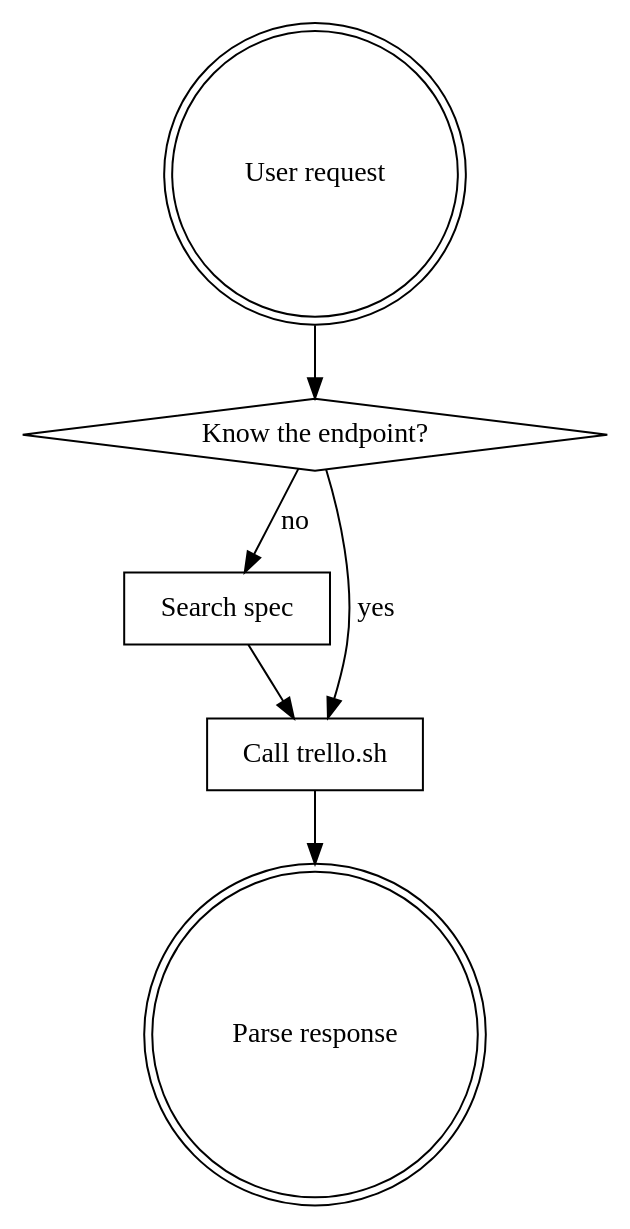
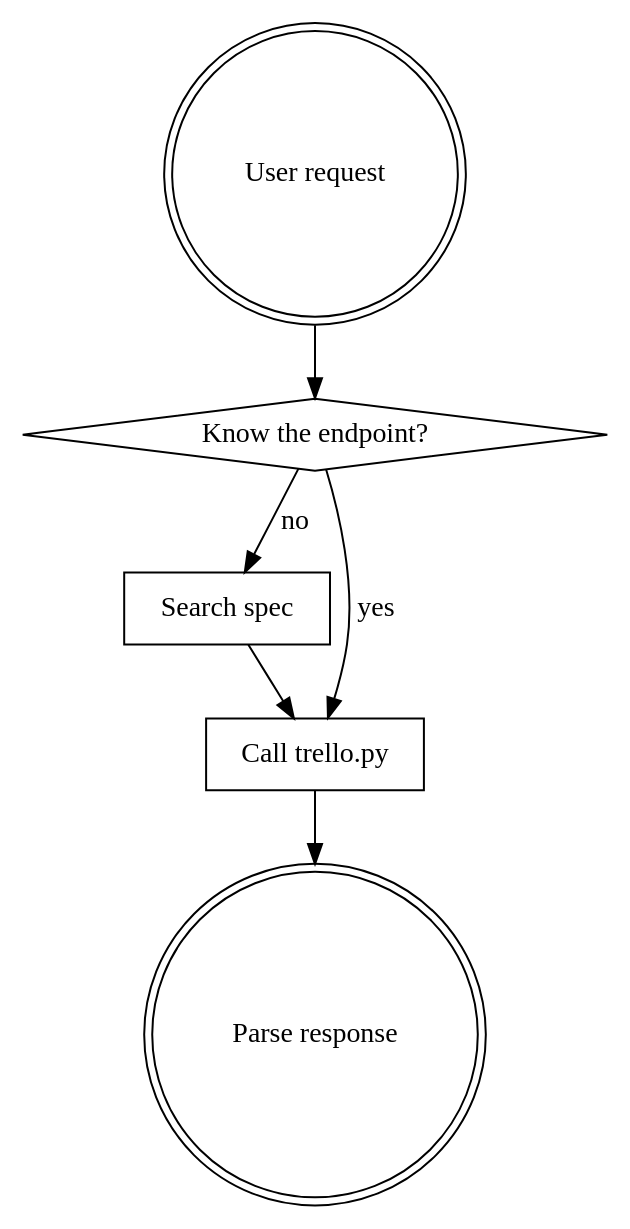
The diagram in skills/trello-api/SKILL.md (DarkbyteAT/trello-api-skill), drawn with Graphviz before and after one commit. The commit also changed other lines of this file and 24 other files, not shown here.

````diff
--- a/skills/trello-api/SKILL.md
+++ b/skills/trello-api/SKILL.md
@@ -28,15 +28,15 @@
 ```dot
 digraph trello_workflow {
     "User request" [shape=doublecircle];
     "Know the endpoint?" [shape=diamond];
     "Search spec" [shape=box];
-    "Call trello.sh" [shape=box];
+    "Call trello.py" [shape=box];
     "Parse response" [shape=doublecircle];
 
     "User request" -> "Know the endpoint?";
-    "Know the endpoint?" -> "Call trello.sh" [label="yes"];
+    "Know the endpoint?" -> "Call trello.py" [label="yes"];
     "Know the endpoint?" -> "Search spec" [label="no"];
-    "Search spec" -> "Call trello.sh";
-    "Call trello.sh" -> "Parse response";
+    "Search spec" -> "Call trello.py";
+    "Call trello.py" -> "Parse response";
 }
 ```
````
